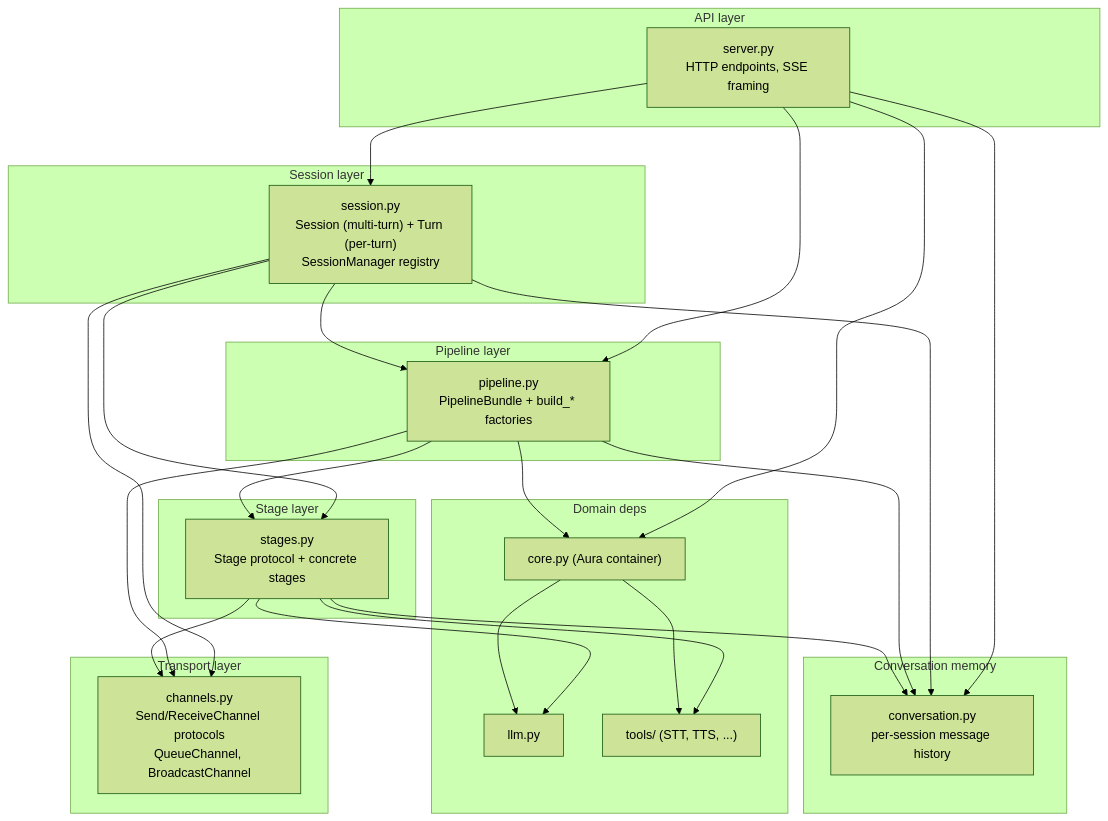
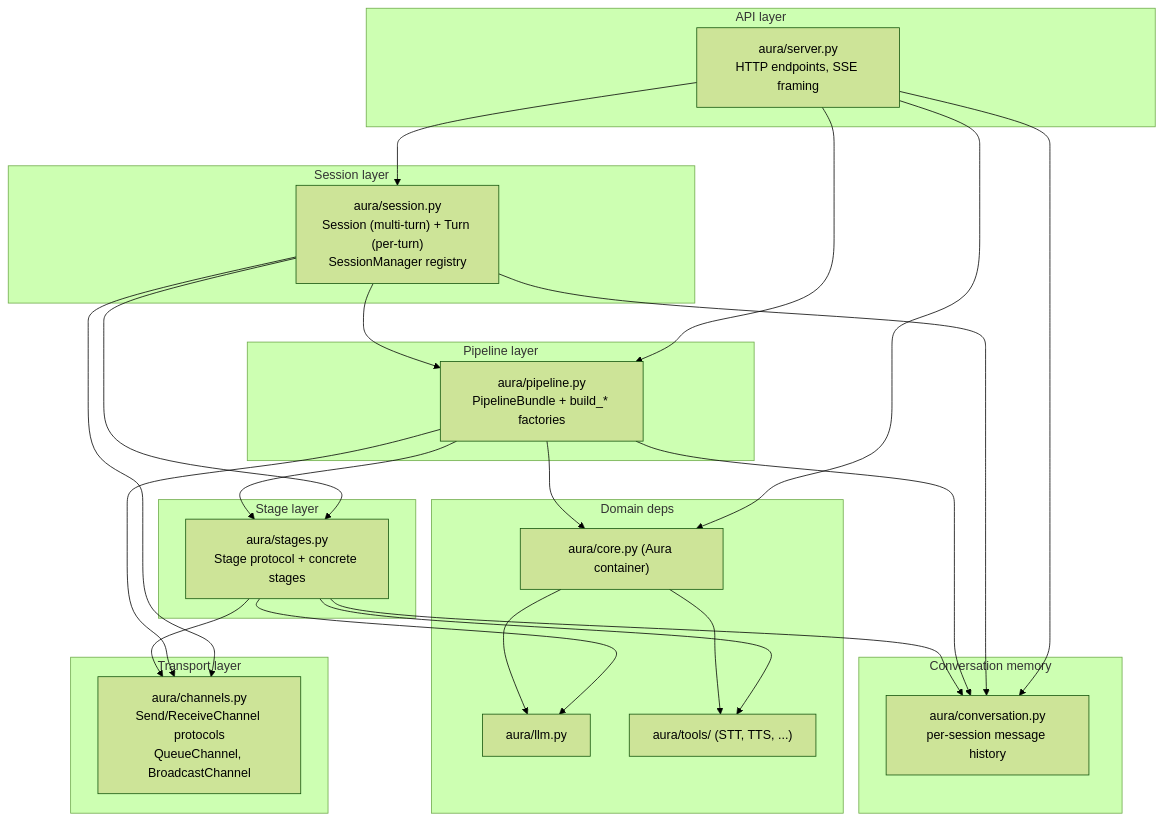
One commit to CyanFlow-Tech/Aura changed the first of 3 diagrams in gateway/README.md. Above: the diagram before and after it, drawn with Mermaid (forest theme). The commit also changed other lines of this file and 78 other files, not shown here.

````diff
--- a/gateway/README.md
+++ b/gateway/README.md
@@ -14,45 +14,45 @@
 ```mermaid
 flowchart TB
     subgraph API["API layer"]
-        server["server.py<br/>HTTP endpoints, SSE framing"]
+        server["aura/server.py<br/>HTTP endpoints, SSE framing"]
     end
     subgraph Runtime["Session layer"]
-        session["session.py<br/>Session (multi-turn) + Turn (per-turn)<br/>SessionManager registry"]
+        session["aura/session.py<br/>Session (multi-turn) + Turn (per-turn)<br/>SessionManager registry"]
     end
     subgraph Memory["Conversation memory"]
-        conv["conversation.py<br/>per-session message history"]
+        conv["aura/conversation.py<br/>per-session message history"]
     end
     subgraph Wiring["Pipeline layer"]
-        pipeline["pipeline.py<br/>PipelineBundle + build_* factories"]
+        pipeline["aura/pipeline.py<br/>PipelineBundle + build_* factories"]
     end
     subgraph Logic["Stage layer"]
-        stages["stages.py<br/>Stage protocol + concrete stages"]
+        stages["aura/stages.py<br/>Stage protocol + concrete stages"]
     end
     subgraph Transport["Transport layer"]
-        channels["channels.py<br/>Send/ReceiveChannel protocols<br/>QueueChannel, BroadcastChannel"]
+        channels["aura/channels.py<br/>Send/ReceiveChannel protocols<br/>QueueChannel, BroadcastChannel"]
     end
     subgraph Deps["Domain deps"]
-        core["core.py (Aura container)"]
-        llm["llm.py"]
-        tools["tools/ (STT, TTS, ...)"]
+        core["aura/core.py (Aura container)"]
+        llm["aura/llm.py"]
+        tools["aura/tools/ (STT, TTS, ...)"]
     end
 
     server --> session
     server --> pipeline
     server --> core
     server --> conv
     session --> pipeline
     session --> stages
     session --> channels
     session --> conv
     pipeline --> stages
     pipeline --> channels
     pipeline --> core
     pipeline --> conv
     stages --> channels
     stages --> llm
     stages --> tools
     stages --> conv
     core --> llm
     core --> tools
 ```
````
